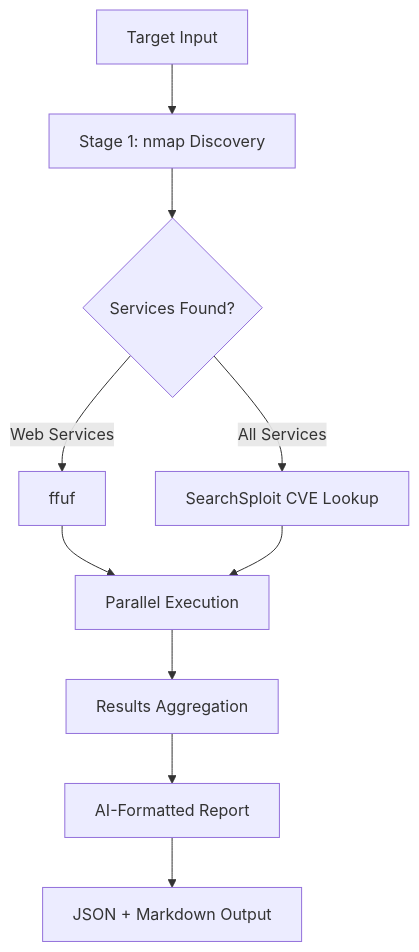
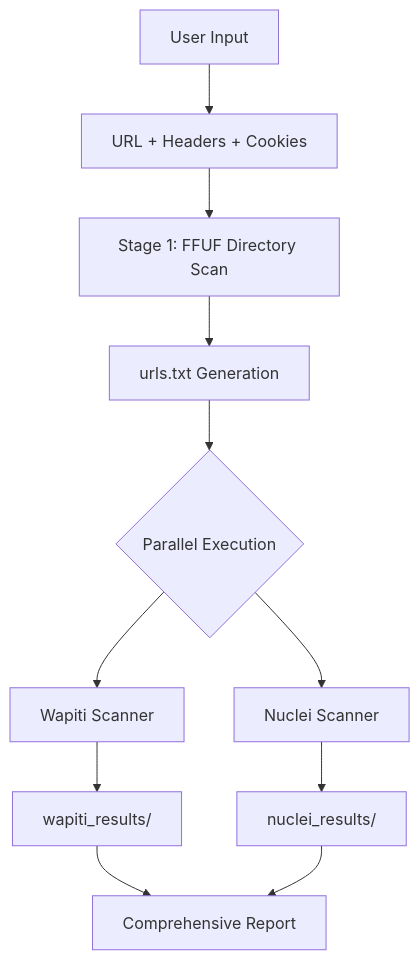
One commit to shinjonghyeop/Capstone changed the diagram in README.md. Above: the diagram before and after it, drawn with Mermaid. The commit also changed other lines of this file and 1 other file, not shown here.

````diff
--- a/README.md
+++ b/README.md
@@ -49,12 +47,13 @@
 ```mermaid
 graph TB
-    A[Target Input] --> B[Stage 1: nmap Discovery]
-    B --> C{Services Found?}
-    C -->|Web Services| D[ffuf]
-    C -->|All Services| E[SearchSploit CVE Lookup]
-    D --> F[Parallel Execution]
-    E --> F
-    F --> G[Results Aggregation]
-    G --> H[AI-Formatted Report]
-    H --> I[JSON + Markdown Output]
+    A[User Input] --> B[URL + Headers + Cookies]
+    B --> C[Stage 1: FFUF Directory Scan]
+    C --> D[urls.txt Generation]
+    D --> E{Parallel Execution}
+    E --> F[Wapiti Scanner]
+    E --> G[Nuclei Scanner]
+    F --> H[wapiti_results/]
+    G --> I[nuclei_results/]
+    H --> J[Comprehensive Report]
+    I --> J
 ```
````
